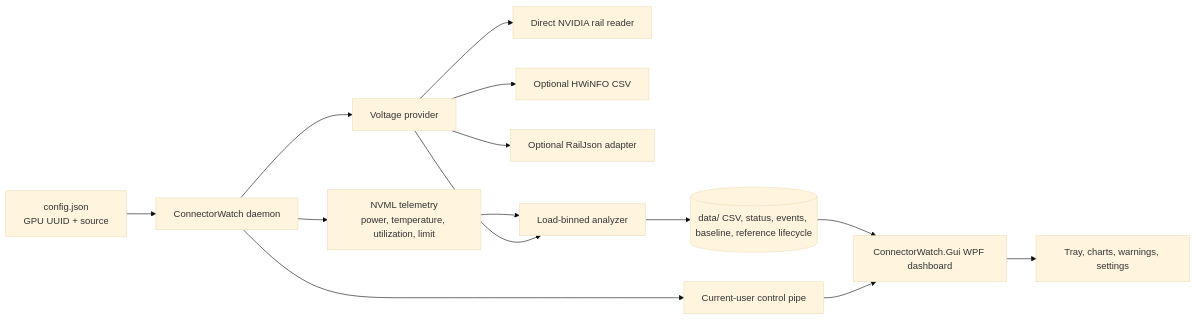
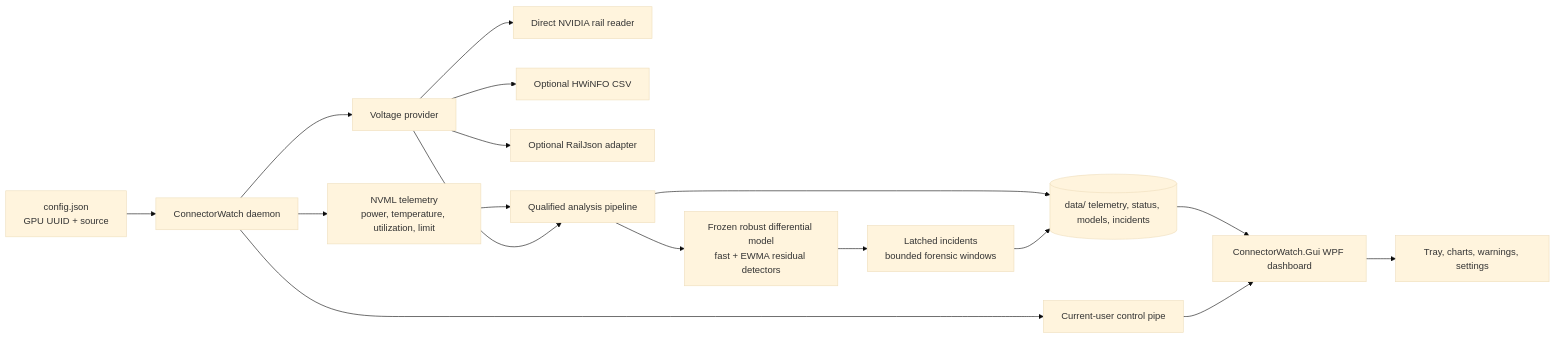
The diagram in docs/ARCHITECTURE.md (Shaderx/ConnectorWatch), drawn with Mermaid (base theme) before and after one commit. The commit also changed other lines of this file and 2 other files, not shown here.

````diff
--- a/docs/ARCHITECTURE.md
+++ b/docs/ARCHITECTURE.md
@@ -5,16 +5,19 @@
 ```mermaid
 flowchart LR
     C[config.json<br/>GPU UUID + source] --> D[ConnectorWatch daemon]
     D --> N[NVML telemetry<br/>power, temperature, utilization, limit]
     D --> V[Voltage provider]
     V --> R[Direct NVIDIA rail reader]
     V --> H[Optional HWiNFO CSV]
     V --> J[Optional RailJson adapter]
-    N --> A[Load-binned analyzer]
+    N --> A[Qualified analysis pipeline]
     V --> A
-    A --> P[(data/ CSV, status, events, baseline, reference lifecycle)]
+    A --> M[Frozen robust differential model<br/>fast + EWMA residual detectors]
+    M --> I[Latched incidents<br/>bounded forensic windows]
+    A --> P[(data/ telemetry, status, models, incidents)]
+    I --> P
     D --> Q[Current-user control pipe]
     P --> G[ConnectorWatch.Gui WPF dashboard]
     Q --> G
     G --> T[Tray, charts, warnings, settings]
 ```
````
